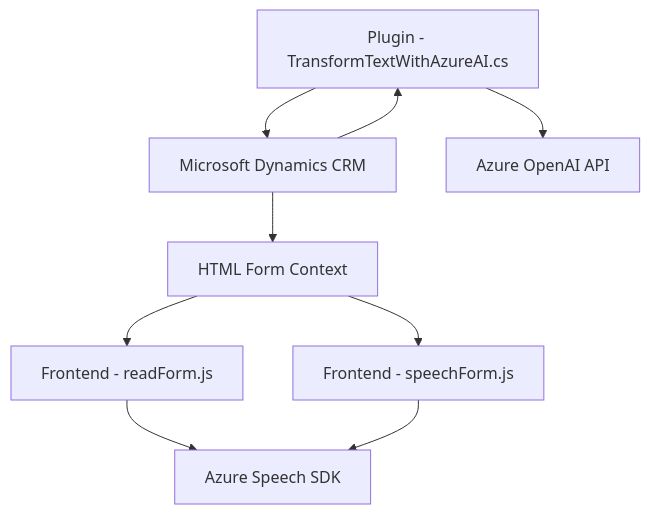
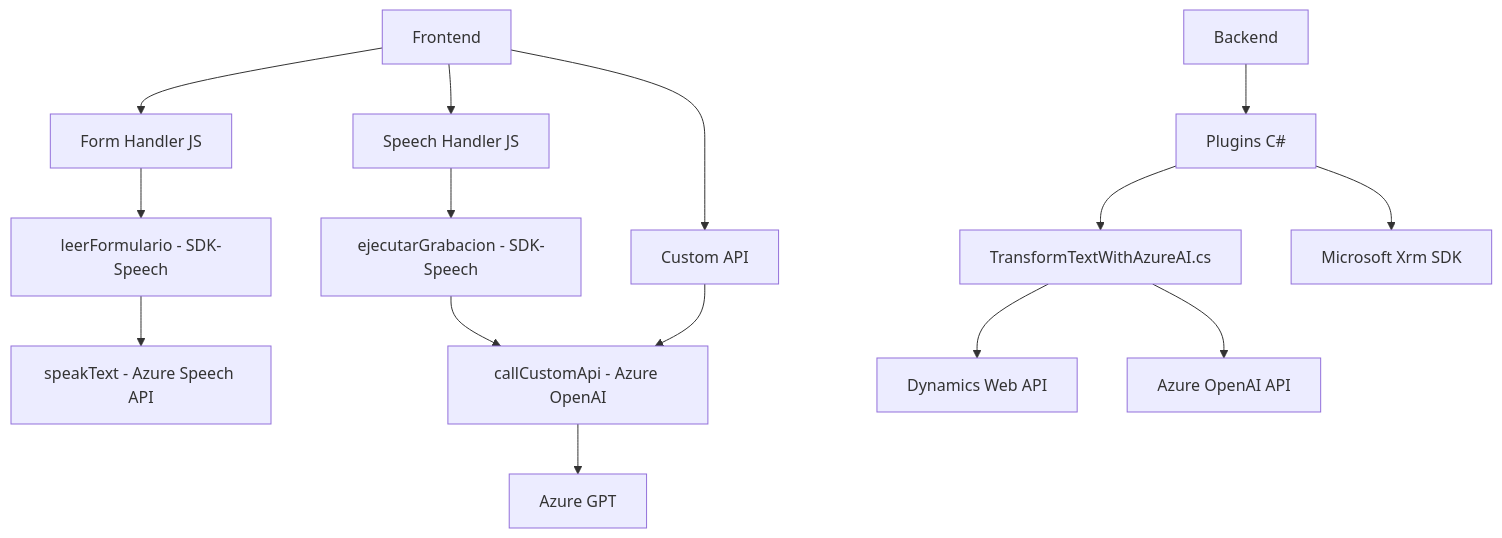
The diagram in README.md (blopezdm/NETCORE_BILBAO2025), drawn with Mermaid before and after one commit. The commit also changed other lines of this file, not shown here.

````diff
--- a/README.md
+++ b/README.md
@@ -51,11 +37,17 @@
 ```mermaid
 graph TD
-    A["Frontend - readForm.js"] --> B["Azure Speech SDK"]
-    C["Frontend - speechForm.js"] --> B
-    E["Plugin - TransformTextWithAzureAI.cs"] --> F["Microsoft Dynamics CRM"]
-    E --> G["Azure OpenAI API"]
-    D["HTML Form Context"] --> A
-    D --> C
-    F --> D
-    F --> E
+    A["Frontend"] --> B["Form Handler JS"]
+    A --> C["Speech Handler JS"]
+    B --> D["leerFormulario - SDK-Speech"]
+    C --> E["ejecutarGrabacion - SDK-Speech"]
+    D --> F["speakText - Azure Speech API"]
+    E --> G["callCustomApi - Azure OpenAI"]
+    G --> H["Azure GPT"]
+    A --> I["Custom API"]
+    I --> G
+    J["Backend"] --> K["Plugins C#"]
+    K --> L["TransformTextWithAzureAI.cs"]
+    L --> M["Dynamics Web API"]
+    L --> N["Azure OpenAI API"]
+    K --> O["Microsoft Xrm SDK"]
 ```
````
